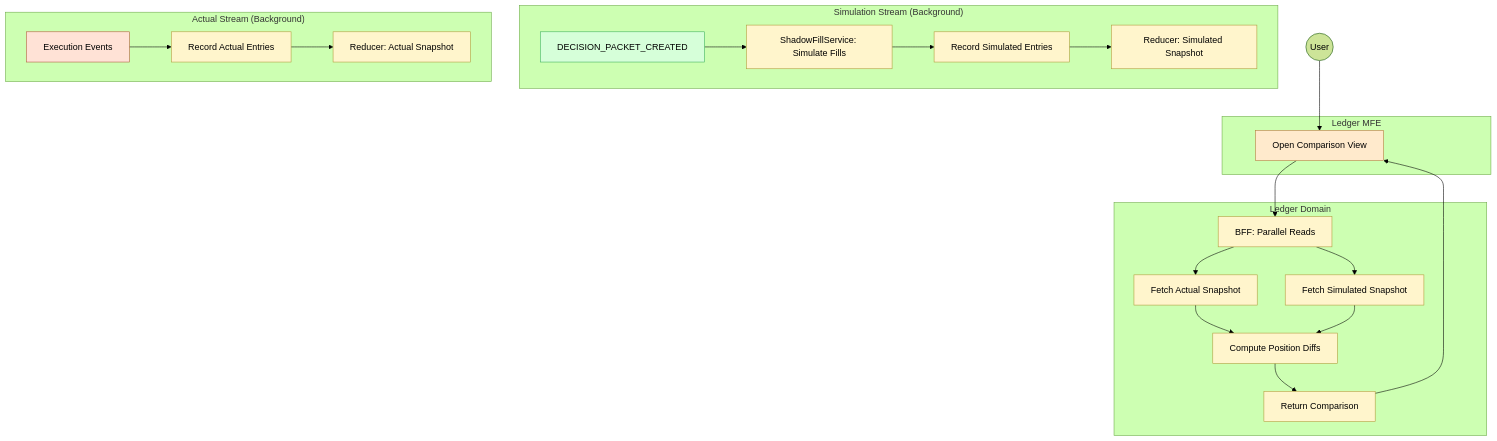
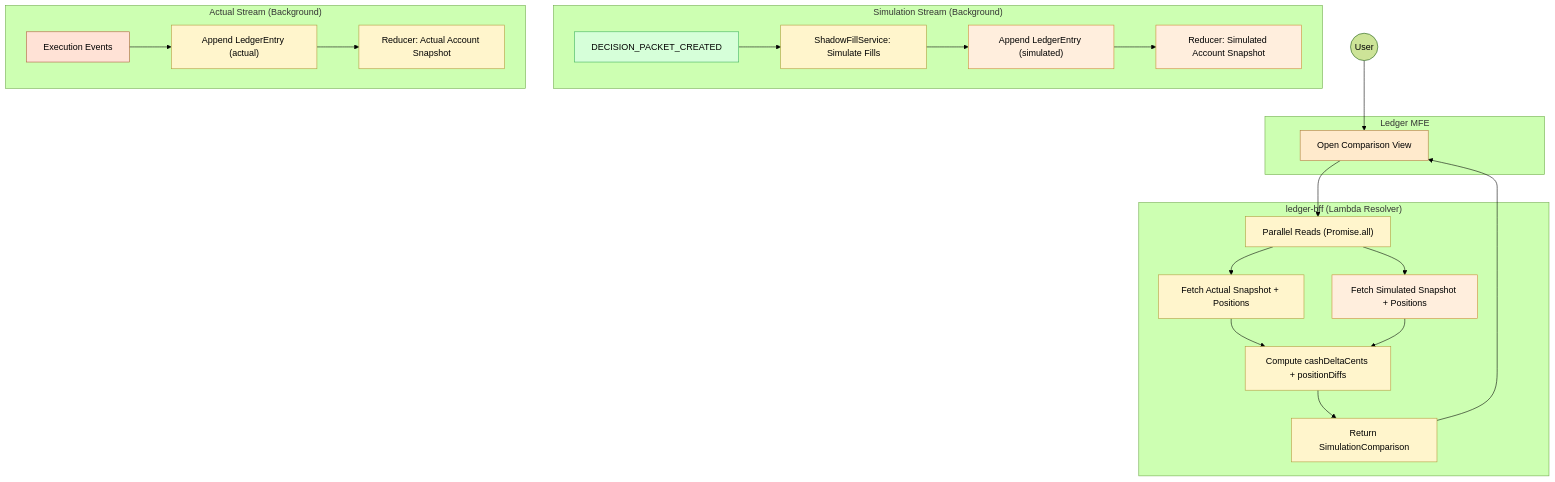
The diagram in docs/data-flows/11-simulation-comparison.md (fabio-vitali/nestfolio), drawn with Mermaid (forest theme) before and after one commit. The commit also changed other lines of this file and 165 other files, not shown here.

````diff
--- a/docs/data-flows/11-simulation-comparison.md
+++ b/docs/data-flows/11-simulation-comparison.md
@@ -9,54 +11,55 @@
 ```mermaid
 flowchart TB
     subgraph subGraph0["Simulation Stream (Background)"]
         S1["DECISION_PACKET_CREATED"]
         S2["ShadowFillService: Simulate Fills"]
-        S3["Record Simulated Entries"]
-        S4["Reducer: Simulated Snapshot"]
+        S3["Append LedgerEntry (simulated)"]
+        S4["Reducer: Simulated Account Snapshot"]
     end
     subgraph subGraph1["Actual Stream (Background)"]
         T1["Execution Events"]
-        T2["Record Actual Entries"]
-        T3["Reducer: Actual Snapshot"]
+        T2["Append LedgerEntry (actual)"]
+        T3["Reducer: Actual Account Snapshot"]
     end
     subgraph subGraph2["Ledger MFE"]
         A1["Open Comparison View"]
     end
-    subgraph subGraph3["Ledger Domain"]
-        B1["BFF: Parallel Reads"]
-        B2["Fetch Actual Snapshot"]
-        B3["Fetch Simulated Snapshot"]
-        B4["Compute Position Diffs"]
-        B5["Return Comparison"]
+    subgraph subGraph3["ledger-bff (Lambda Resolver)"]
+        B1["Parallel Reads (Promise.all)"]
+        B2["Fetch Actual Snapshot + Positions"]
+        B3["Fetch Simulated Snapshot + Positions"]
+        B4["Compute cashDeltaCents + positionDiffs"]
+        B5["Return SimulationComparison"]
     end
     S1 --> S2
     S2 --> S3
     S3 --> S4
     T1 --> T2
     T2 --> T3
     U(("User")) --> A1
     A1 --> B1
     B1 --> B2 & B3
     B2 --> B4
     B3 --> B4
     B4 --> B5
     B5 --> A1
 
     S1:::advisory
     S2:::ledger
-    S3:::ledger
-    S4:::ledger
+    S3:::simulation
+    S4:::simulation
     T1:::execution
     T2:::ledger
     T3:::ledger
     A1:::ledgermfe
     B1:::ledger
     B2:::ledger
-    B3:::ledger
+    B3:::simulation
     B4:::ledger
     B5:::ledger
     classDef advisory fill:#D6FFD9,stroke:#3AB05A,color:#000
     classDef execution fill:#FFE2D6,stroke:#B05A3A,color:#000
     classDef ledger fill:#FFF5CC,stroke:#B09A3A,color:#000
+    classDef simulation fill:#FFEEDD,stroke:#CC8833,color:#000
     classDef ledgermfe fill:#FFEACC,stroke:#B07A3A,color:#000
 ```
````
